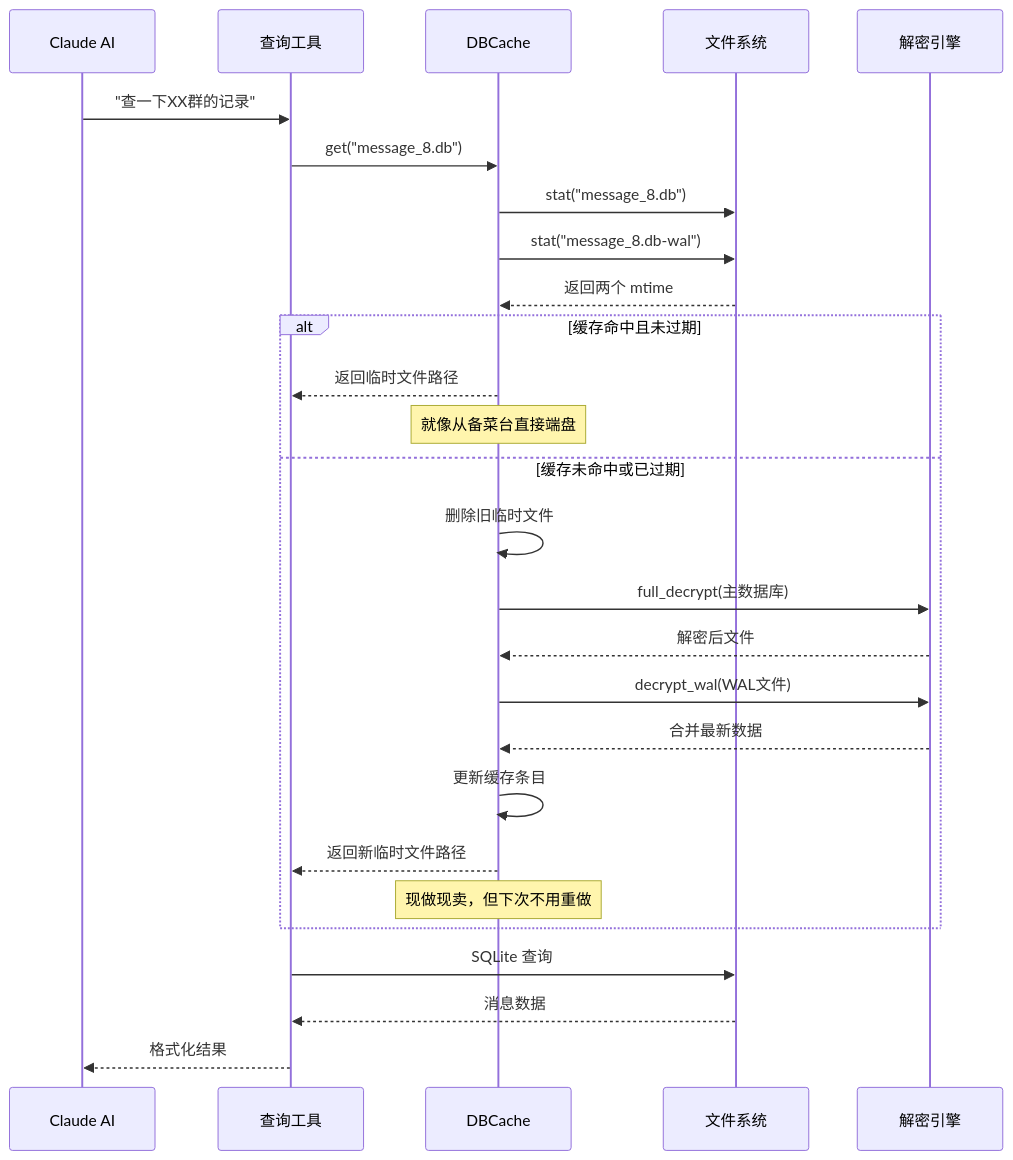
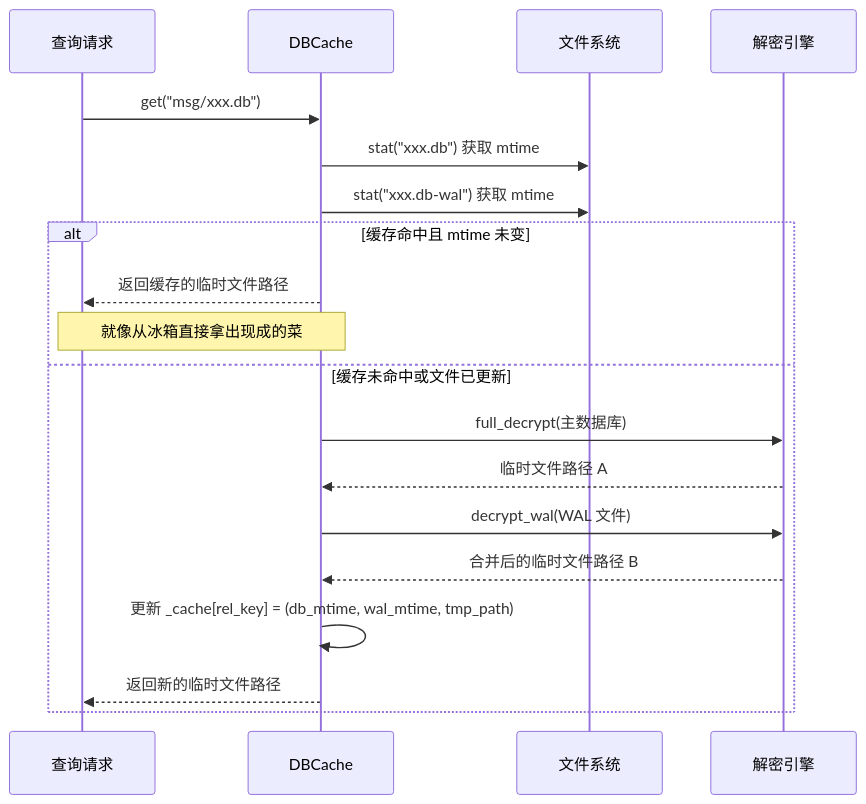
Before and after one commit to nerdneilsfield/code-wiki-pages: the third of 8 diagrams in public/wechat-decrypt/guide-beginners-guide-ai-integration.md, drawn with Mermaid. The commit also changed other lines of this file and 30 other files, not shown here.

````diff
--- a/public/wechat-decrypt/guide-beginners-guide-ai-integration.md
+++ b/public/wechat-decrypt/guide-beginners-guide-ai-integration.md
@@ -108,33 +71,26 @@
 ```mermaid
 sequenceDiagram
-    participant AI as Claude AI
-    participant Tool as 查询工具
+    participant Query as 查询请求
     participant Cache as DBCache
     participant FS as 文件系统
     participant Decrypt as 解密引擎
     
-    AI->>Tool: "查一下XX群的记录"
-    Tool->>Cache: get("message_8.db")
+    Query->>Cache: get("msg/xxx.db")
     
-    Cache->>FS: stat("message_8.db")
-    Cache->>FS: stat("message_8.db-wal")
-    FS-->>Cache: 返回两个 mtime
+    Cache->>FS: stat("xxx.db") 获取 mtime
+    Cache->>FS: stat("xxx.db-wal") 获取 mtime
     
-    alt 缓存命中且未过期
-        Cache-->>Tool: 返回临时文件路径
-        Note over Cache: 就像从备菜台直接端盘
-    else 缓存未命中或已过期
-        Cache->>Cache: 删除旧临时文件
+    alt 缓存命中且 mtime 未变
+        Cache-->>Query: 返回缓存的临时文件路径
+        Note over Cache,Query: 就像从冰箱直接拿出现成的菜
+    else 缓存未命中或文件已更新
         Cache->>Decrypt: full_decrypt(主数据库)
-        Decrypt-->>Cache: 解密后文件
-        Cache->>Decrypt: decrypt_wal(WAL文件)
-        Decrypt-->>Cache: 合并最新数据
-        Cache->>Cache: 更新缓存条目
-        Cache-->>Tool: 返回新临时文件路径
-        Note over Cache: 现做现卖，但下次不用重做
+        Decrypt-->>Cache: 临时文件路径 A
+        
+        Cache->>Decrypt: decrypt_wal(WAL 文件)
+        Decrypt-->>Cache: 合并后的临时文件路径 B
+        
+        Cache->>Cache: 更新 _cache[rel_key] = (db_mtime, wal_mtime, tmp_path)
+        Cache-->>Query: 返回新的临时文件路径
     end
-    
-    Tool->>FS: SQLite 查询
-    FS-->>Tool: 消息数据
-    Tool-->>AI: 格式化结果
 ```
````
